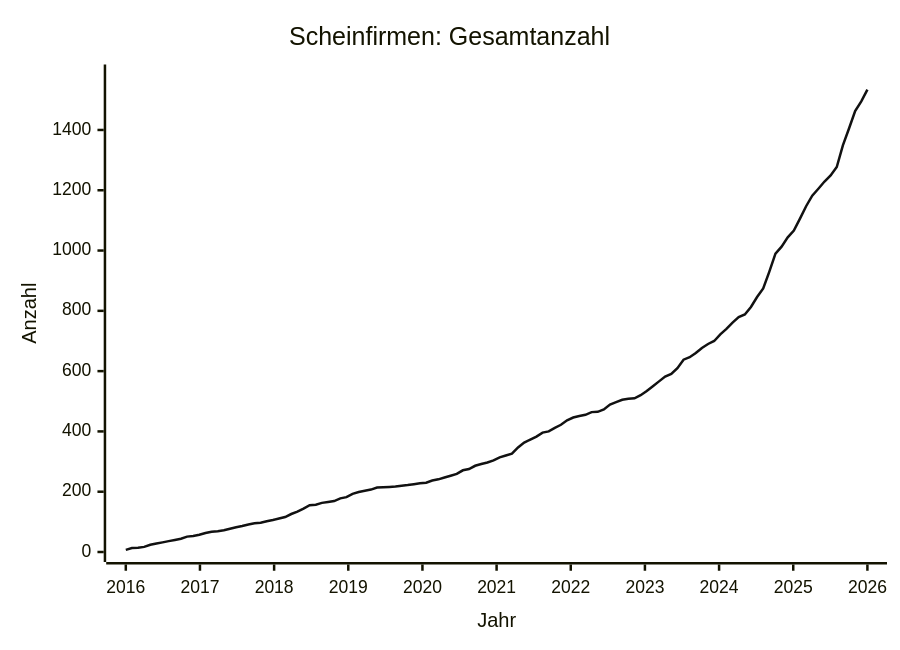
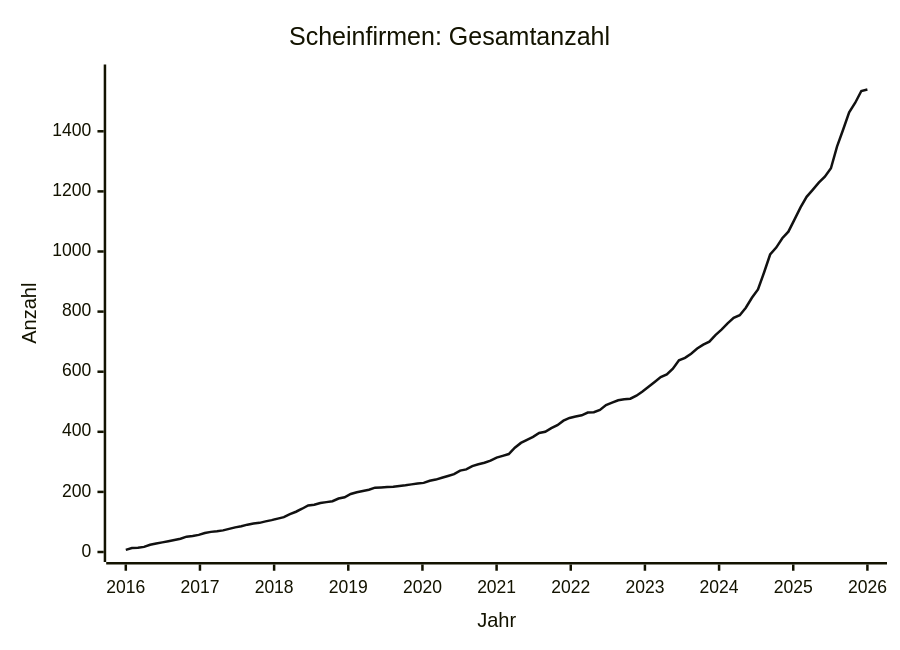
Before and after one commit to arjoma/scheinfirmen-at: the diagram in data/STATS.md, drawn with Mermaid. The commit also changed other lines of this file and 3 other files, not shown here.

````diff
--- a/data/STATS.md
+++ b/data/STATS.md
@@ -9,13 +9,13 @@
 ```mermaid
 ---
 config:
   themeVariables:
     xyChart:
       plotColorPalette: "#111111"
 ---
 xychart-beta
     title "Scheinfirmen: Gesamtanzahl"
     x-axis "Jahr" 2016 --> 2026
-    y-axis "Anzahl" 0 --> 1584
-    line [7, 13, 14, 17, 24, 28, 32, 36, 40, 44, 51, 53, 57, 63, 67, 69, 72, 77, 82, 86, 91, 95, 97, 102, 106, 111, 116, 126, 134, 144, 155, 157, 163, 166, 169, 178, 182, 193, 199, 203, 207, 214, 215, 216, 217, 220, 222, 225, 228, 230, 237, 241, 247, 253, 259, 271, 275, 286, 292, 297, 304, 314, 320, 326, 347, 363, 373, 383, 396, 400, 412, 422, 437, 446, 451, 455, 464, 465, 473, 489, 497, 505, 508, 510, 520, 534, 550, 566, 582, 591, 610, 638, 646, 660, 677, 690, 700, 722, 740, 761, 779, 788, 813, 846, 874, 930, 990, 1013, 1044, 1066, 1106, 1147, 1182, 1205, 1229, 1249, 1277, 1349, 1405, 1463, 1495, 1534]
+    y-axis "Anzahl" 0 --> 1589
+    line [7, 13, 14, 17, 24, 28, 32, 36, 40, 44, 51, 53, 57, 63, 67, 69, 72, 77, 82, 86, 91, 95, 97, 102, 106, 111, 116, 126, 134, 144, 155, 157, 163, 166, 169, 178, 182, 193, 199, 203, 207, 214, 215, 216, 217, 220, 222, 225, 228, 230, 237, 241, 247, 253, 259, 271, 275, 286, 292, 297, 304, 314, 320, 326, 347, 363, 373, 383, 396, 400, 412, 422, 437, 446, 451, 455, 464, 465, 473, 489, 497, 505, 508, 510, 520, 534, 550, 566, 582, 591, 610, 638, 646, 660, 677, 690, 700, 722, 740, 761, 779, 788, 813, 846, 874, 930, 990, 1013, 1044, 1066, 1106, 1147, 1182, 1205, 1229, 1249, 1277, 1349, 1405, 1463, 1495, 1534, 1539]
 ```
````
